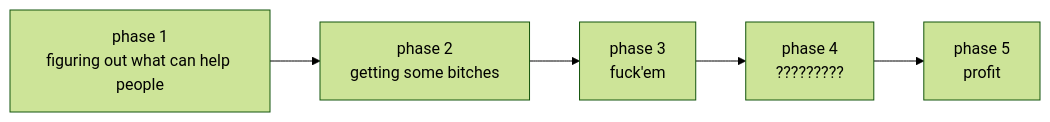
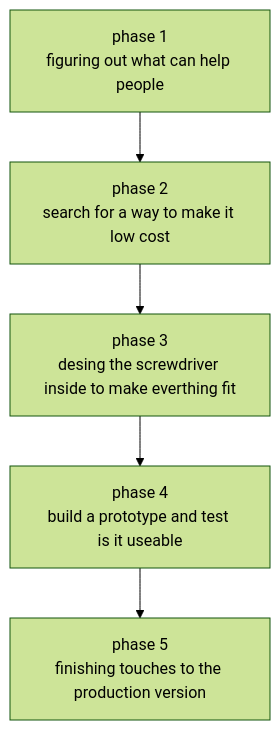
Before and after one commit to Botond24/Code_Like_A_Bosch: the diagram in Obsidian/Overview.md, drawn with Mermaid (forest theme).

Commit message:
adding overview

````diff
--- a/Obsidian/Overview.md
+++ b/Obsidian/Overview.md
@@ -1,9 +1,9 @@
 ```mermaid
-graph LR
+graph TD
     phase1["`phase 1
     figuring out what can help people`"] --> phase2["`phase 2
-    getting some bitches`"] --> phase3["`phase 3
-    fuck'em`"] --> phase4["`phase 4
-    ?????????`"] --> phase5["`phase 5
-    profit`"]
+    search for a way to make it low cost`"] --> phase3["`phase 3
+    desing the screwdriver inside to make everthing fit`"] --> phase4["`phase 4
+    build a prototype and test is it useable`"] --> phase5["`phase 5
+    finishing touches to the production version`"]
 ```
````
